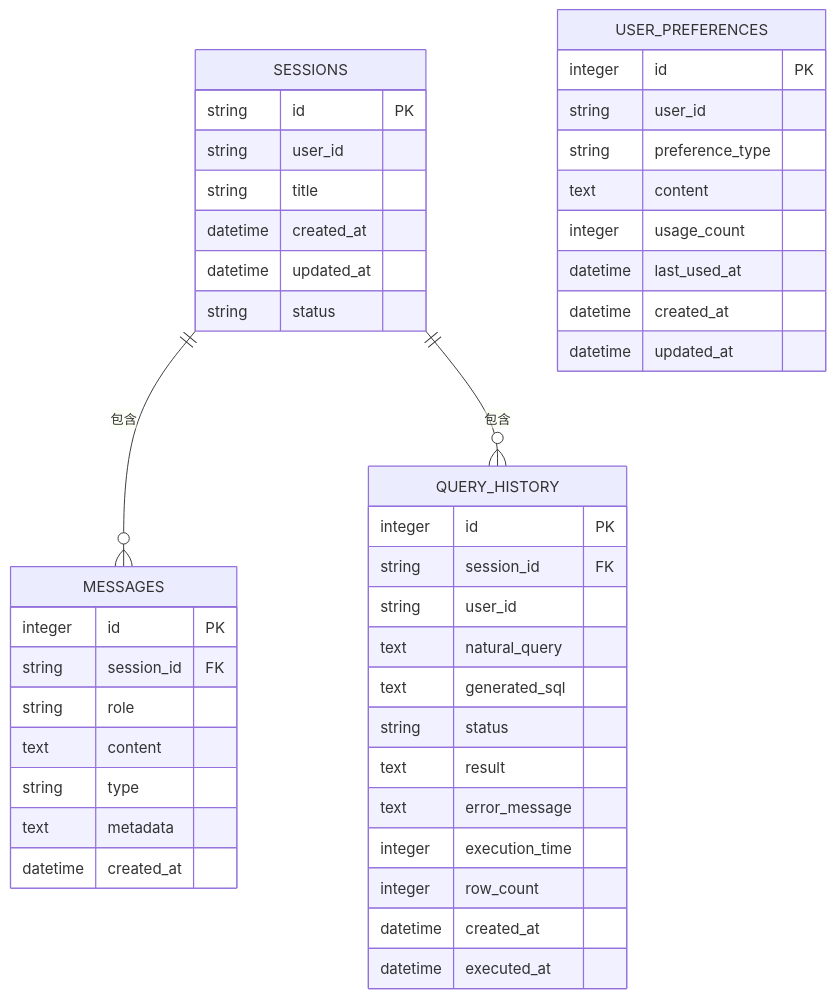
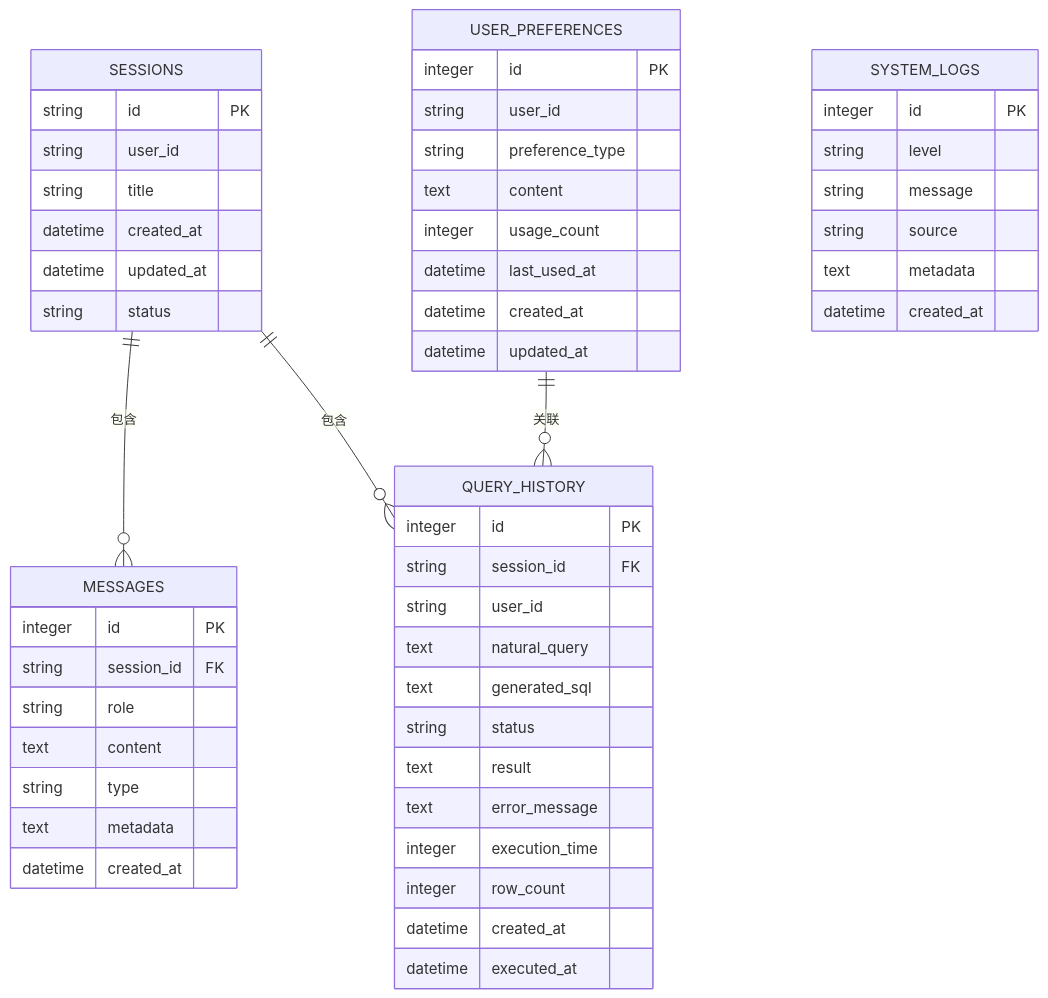
Before and after one commit to HanHuiOnLine/724-office: diagram 11 of 15 in .qoder/repowiki/zh/content/核心模块详解/NL2SQL自然语言到SQL系统/NL2SQL自然语言到SQL系统.md, drawn with Mermaid. The commit also changed other lines of this file and 14 other files, not shown here.

Commit message:
优化意图识别

````diff
--- a/.qoder/repowiki/zh/content/核心模块详解/NL2SQL自然语言到SQL系统/NL2SQL自然语言到SQL系统.md
+++ b/.qoder/repowiki/zh/content/核心模块详解/NL2SQL自然语言到SQL系统/NL2SQL自然语言到SQL系统.md
@@ -501,46 +632,55 @@
 ```mermaid
 erDiagram
 SESSIONS {
 string id PK
 string user_id
 string title
 datetime created_at
 datetime updated_at
 string status
 }
 MESSAGES {
 integer id PK
 string session_id FK
 string role
 text content
 string type
 text metadata
 datetime created_at
 }
 QUERY_HISTORY {
 integer id PK
 string session_id FK
 string user_id
 text natural_query
 text generated_sql
 string status
 text result
 text error_message
 integer execution_time
 integer row_count
 datetime created_at
 datetime executed_at
 }
 USER_PREFERENCES {
 integer id PK
 string user_id
 string preference_type
 text content
 integer usage_count
 datetime last_used_at
 datetime created_at
 datetime updated_at
 }
+SYSTEM_LOGS {
+integer id PK
+string level
+string message
+string source
+text metadata
+datetime created_at
+}
 SESSIONS ||--o{ MESSAGES : "包含"
 SESSIONS ||--o{ QUERY_HISTORY : "包含"
+USER_PREFERENCES ||--o{ QUERY_HISTORY : "关联"
 ```
````
